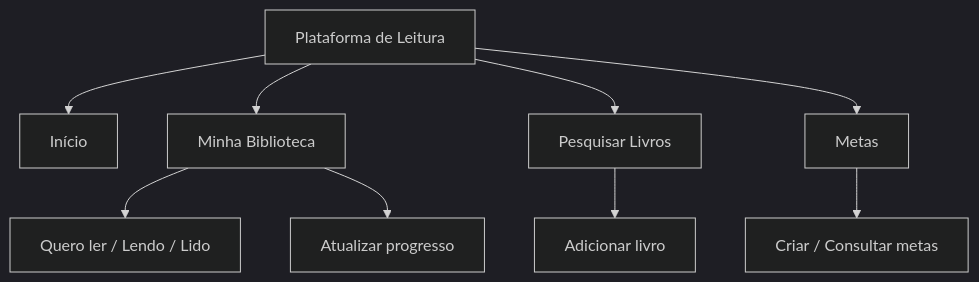
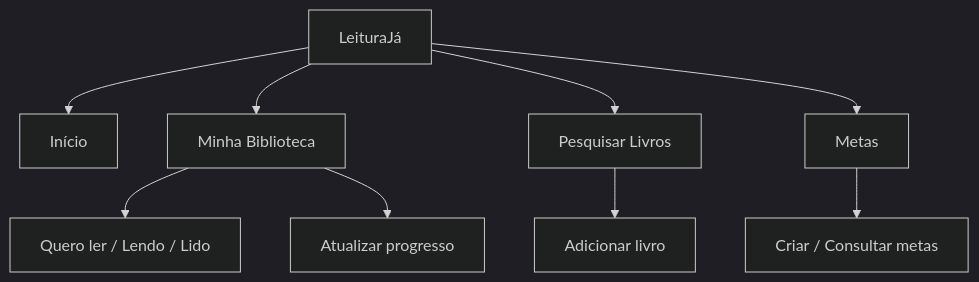
The first of 5 diagrams in docs/8_arquitetura_fluxo.md (GabrielRochadeLima/FRONTEND-CCP310-PROJETO), drawn with Mermaid (dark theme) before and after one commit. The commit also changed other lines of this file, not shown here.

````diff
--- a/docs/8_arquitetura_fluxo.md
+++ b/docs/8_arquitetura_fluxo.md
@@ -7,12 +7,12 @@
 ```mermaid
 flowchart TD
-    A["Plataforma de Leitura"]
+    A["LeituraJá"]
     A --> B["Início"]
     A --> C["Minha Biblioteca"]
     A --> D["Pesquisar Livros"]
     A --> E["Metas"]
     C --> F["Quero ler / Lendo / Lido"]
     C --> G["Atualizar progresso"]
     D --> H["Adicionar livro"]
     E --> I["Criar / Consultar metas"]
 ```
````
